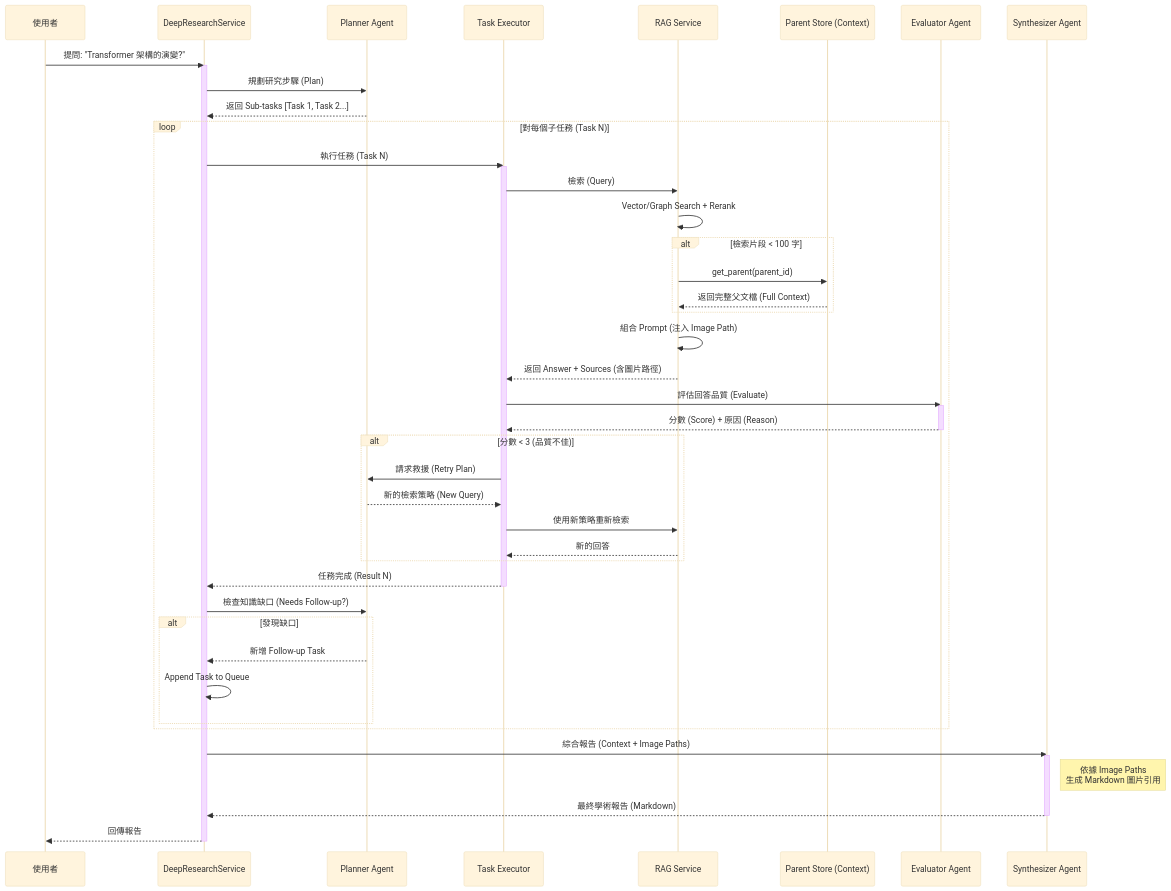
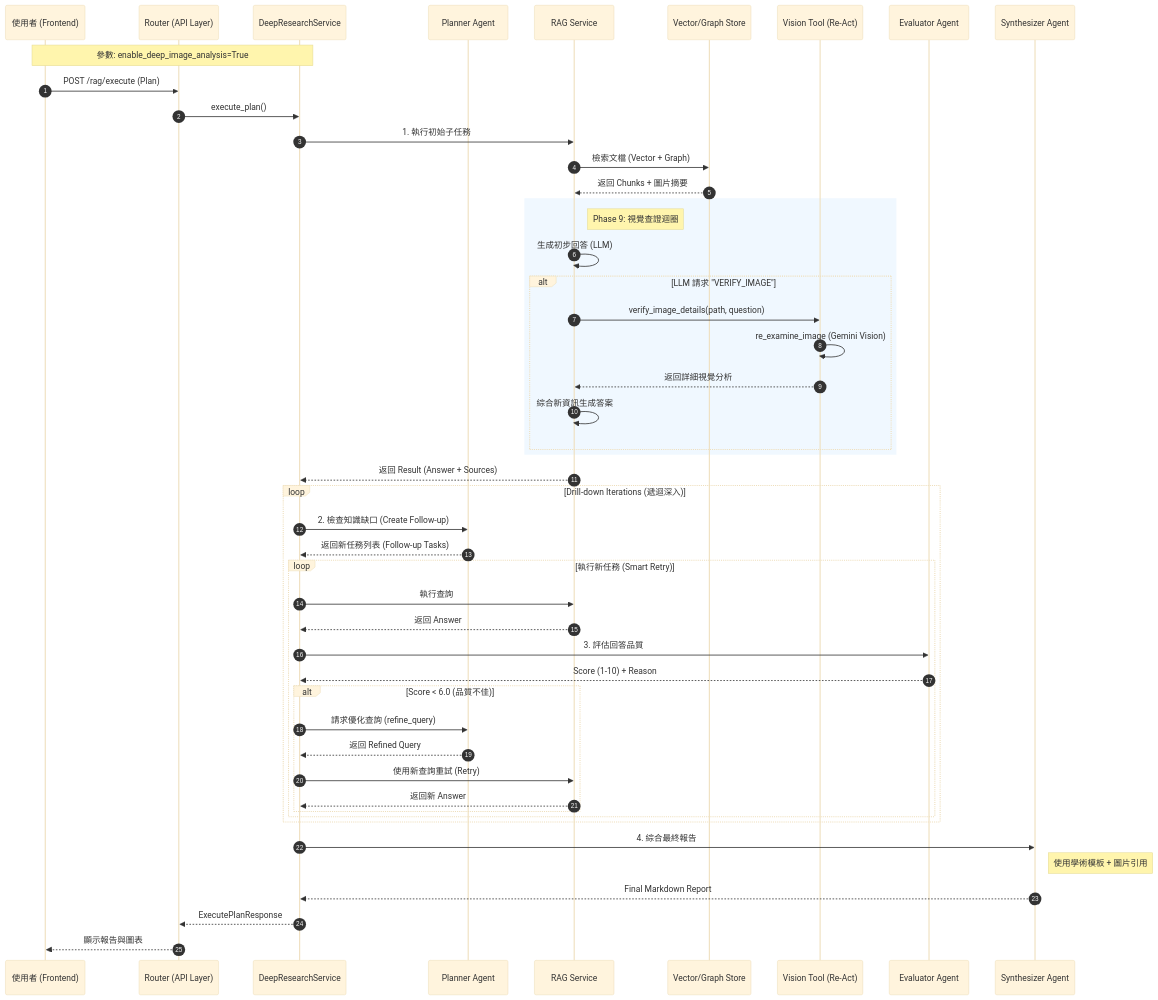
Before and after one commit to DeadMark70/multimodal-rag-translate: the diagram in checklist/deep_research_flow.mermaid, drawn with Mermaid (base theme). The commit also changed 33 other files, not shown here.

```diff
--- a/checklist/deep_research_flow.mermaid
+++ b/checklist/deep_research_flow.mermaid
@@ -1,69 +1,64 @@
 sequenceDiagram
-    participant User as 使用者
+    autonumber
+    participant User as 使用者 (Frontend)
+    participant API as Router (API Layer)
     participant Service as DeepResearchService
     participant Planner as Planner Agent
-    participant Executor as Task Executor
     participant RAG as RAG Service
-    participant ParentStore as Parent Store (Context)
+    participant VectorDB as Vector/Graph Store
+    participant Vision as Vision Tool (Re-Act)
     participant Evaluator as Evaluator Agent
     participant Synthesizer as Synthesizer Agent
 
-    User->>Service: 提問: "Transformer 架構的演變?"
-    activate Service
+    Note over User, Service: 參數: enable_deep_image_analysis=True
 
-    %% Phase 1: Planning
-    Service->>Planner: 規劃研究步驟 (Plan)
-    Planner-->>Service: 返回 Sub-tasks [Task 1, Task 2...]
+    User->>API: POST /rag/execute (Plan)
+    API->>Service: execute_plan()
     
-    %% Phase 2: Execution Loop (Adaptive)
-    loop 對每個子任務 (Task N)
-        Service->>Executor: 執行任務 (Task N)
-        activate Executor
+    %% Phase 1: Initial Execution
+    Service->>RAG: 1. 執行初始子任務
+    RAG->>VectorDB: 檢索文檔 (Vector + Graph)
+    VectorDB-->>RAG: 返回 Chunks + 圖片摘要
+    
+    %% Phase 9: Visual Verification (Re-Act Loop)
+    rect rgb(240, 248, 255)
+        Note right of RAG: Phase 9: 視覺查證迴圈
+        RAG->>RAG: 生成初步回答 (LLM)
+        alt LLM 請求 "VERIFY_IMAGE"
+            RAG->>Vision: verify_image_details(path, question)
+            Vision->>Vision: re_examine_image (Gemini Vision)
+            Vision-->>RAG: 返回詳細視覺分析
+            RAG->>RAG: 綜合新資訊生成答案
+        end
+    end
+    
+    RAG-->>Service: 返回 Result (Answer + Sources)
+
+    %% Phase 2: Drill-down Loop
+    loop Drill-down Iterations (遞迴深入)
+        Service->>Planner: 2. 檢查知識缺口 (Create Follow-up)
+        Planner-->>Service: 返回新任務列表 (Follow-up Tasks)
         
-        %% RAG Retrieval
-        Executor->>RAG: 檢索 (Query)
-        RAG->>RAG: Vector/Graph Search + Rerank
-        
-        %% Context Expansion (Phase 1 Feature)
-        alt 檢索片段 < 100 字
-            RAG->>ParentStore: get_parent(parent_id)
-            ParentStore-->>RAG: 返回完整父文檔 (Full Context)
-        end
-        
-        %% Multimodal Metadata Injection (Phase 3 Feature)
-        RAG->>RAG: 組合 Prompt (注入 Image Path)
-        RAG-->>Executor: 返回 Answer + Sources (含圖片路徑)
-        
-        %% Phase 2: Evaluation (Critical Loop)
-        Executor->>Evaluator: 評估回答品質 (Evaluate)
-        activate Evaluator
-        Evaluator-->>Executor: 分數 (Score) + 原因 (Reason)
-        deactivate Evaluator
-        
-        alt 分數 < 3 (品質不佳)
-            Executor->>Planner: 請求救援 (Retry Plan)
-            Planner-->>Executor: 新的檢索策略 (New Query)
-            Executor->>RAG: 使用新策略重新檢索
-            RAG-->>Executor: 新的回答
-        end
-        
-        Executor-->>Service: 任務完成 (Result N)
-        deactivate Executor
-        
-        %% Drill-down Check
-        Service->>Planner: 檢查知識缺口 (Needs Follow-up?)
-        alt 發現缺口
-            Planner-->>Service: 新增 Follow-up Task
-            Service->>Service: Append Task to Queue
+        loop 執行新任務 (Smart Retry)
+            Service->>RAG: 執行查詢
+            RAG-->>Service: 返回 Answer
+            
+            %% Phase 4/6: Evaluation & Smart Retry
+            Service->>Evaluator: 3. 評估回答品質
+            Evaluator-->>Service: Score (1-10) + Reason
+            
+            alt Score < 6.0 (品質不佳)
+                Service->>Planner: 請求優化查詢 (refine_query)
+                Planner-->>Service: 返回 Refined Query
+                Service->>RAG: 使用新查詢重試 (Retry)
+                RAG-->>Service: 返回新 Answer
+            end
         end
     end
 
     %% Phase 3: Synthesis
-    Service->>Synthesizer: 綜合報告 (Context + Image Paths)
-    activate Synthesizer
-    Note right of Synthesizer: 依據 Image Paths<br/>生成 Markdown 圖片引用
-    Synthesizer-->>Service: 最終學術報告 (Markdown)
-    deactivate Synthesizer
-
-    Service-->>User: 回傳報告
-    deactivate Service
+    Service->>Synthesizer: 4. 綜合最終報告
+    Note right of Synthesizer: 使用學術模板 + 圖片引用
+    Synthesizer-->>Service: Final Markdown Report
+    Service-->>API: ExecutePlanResponse
+    API-->>User: 顯示報告與圖表
```
